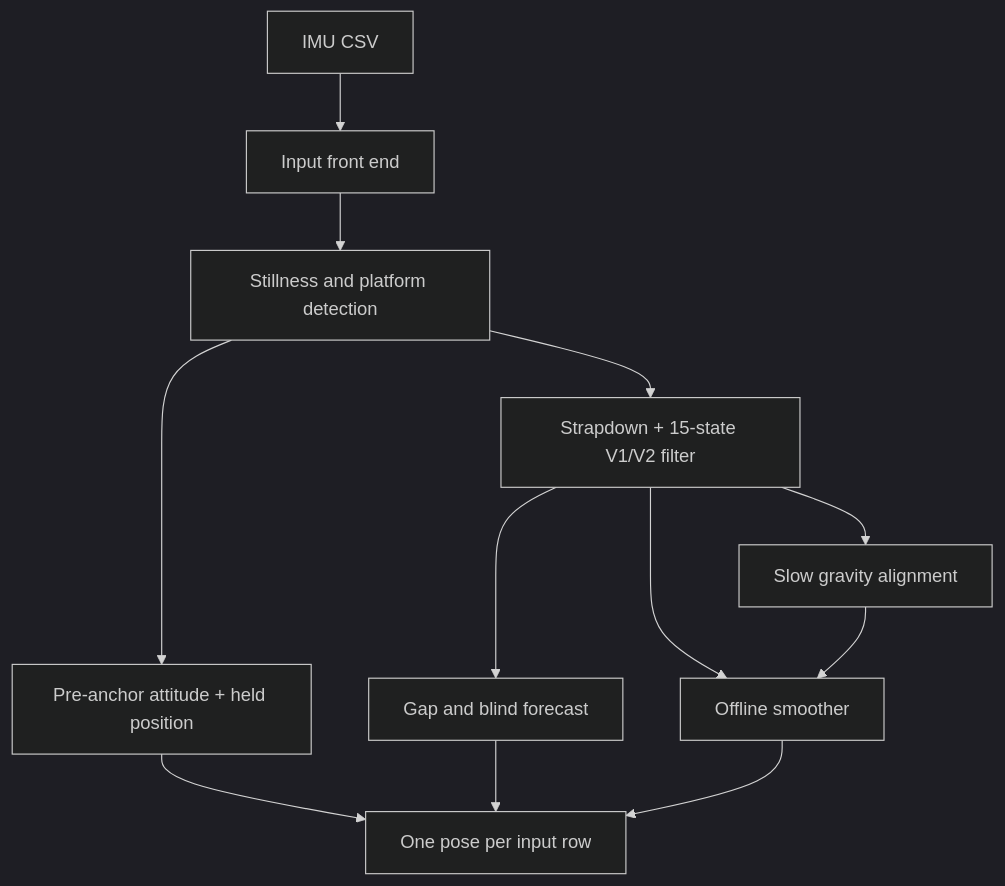
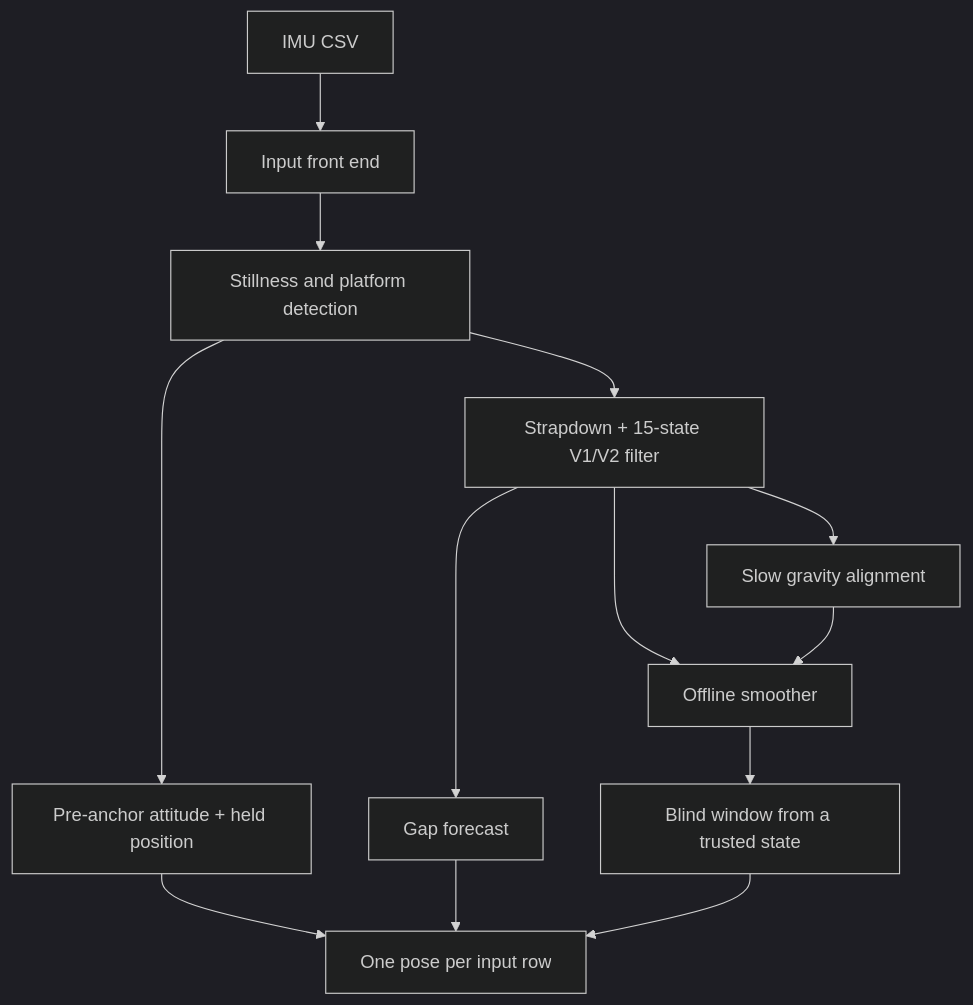
The diagram in README.md (ArnavJain2005/Vortex), drawn with Mermaid (dark theme) before and after one commit. The commit also changed other lines of this file and 3 other files, not shown here.

Commit message:
README from NUMBERS.md (shipped v1.0 build): blind window ties the floor, single-file bundle, invocation forms, fallback, Docker; pytest 521 passed, 2 skipped, 1 xfailed (Win 3.14.7)

````diff
--- a/README.md
+++ b/README.md
@@ -38,14 +38,15 @@
 ```mermaid
 flowchart TD
     A["IMU CSV"] --> B["Input front end"]
     B --> C["Stillness and platform detection"]
     C --> D["Pre-anchor attitude + held position"]
     C --> E["Strapdown + 15-state V1/V2 filter"]
-    E --> F["Gap and blind forecast"]
+    E --> F["Gap forecast"]
     E --> I["Slow gravity alignment"]
     E --> H["Offline smoother"]
+    H --> J["Blind window from a trusted state"]
     D --> G["One pose per input row"]
     F --> G
-    H --> G
+    J --> G
     I --> H
 ```
````
